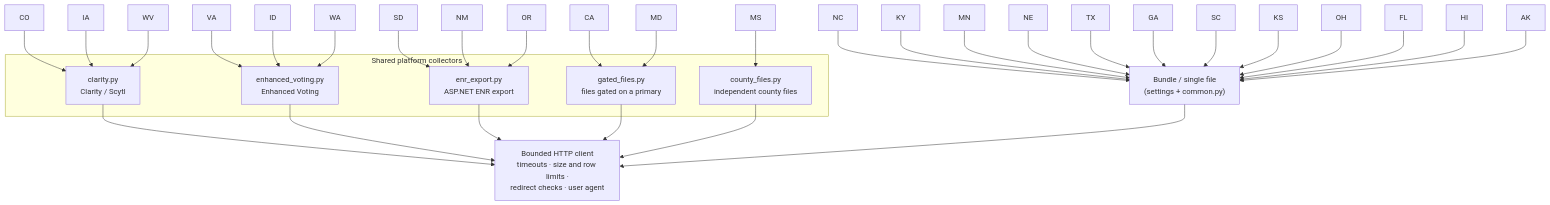
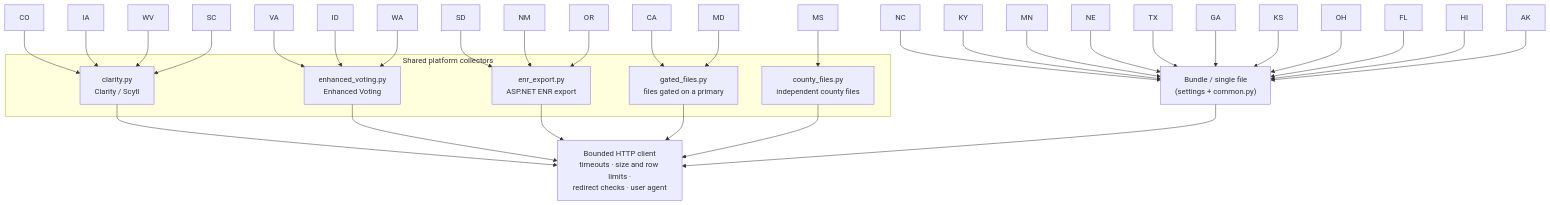
One commit to Naman4561/us-election-results-pipeline changed the first of 3 diagrams in docs/architecture/data-collection.md. Above: the diagram before and after it, drawn with Mermaid. The commit also changed other lines of this file and 21 other files, not shown here.

````diff
--- a/docs/architecture/data-collection.md
+++ b/docs/architecture/data-collection.md
@@ -11,20 +11,20 @@
 ```mermaid
 flowchart TB
     subgraph Shared["Shared platform collectors"]
         CL["clarity.py<br/>Clarity / Scytl"]
         EV["enhanced_voting.py<br/>Enhanced Voting"]
         EN["enr_export.py<br/>ASP.NET ENR export"]
         GF["gated_files.py<br/>files gated on a primary"]
         CF["county_files.py<br/>independent county files"]
     end
     BU["Bundle / single file<br/>(settings + common.py)"]
 
-    CO & IA & WV --> CL
+    CO & IA & WV & SC --> CL
     VA & ID & WA --> EV
     SD & NM & OR --> EN
     CA & MD --> GF
     MS --> CF
-    NC & KY & MN & NE & TX & GA & SC & KS & OH & FL & HI & AK --> BU
+    NC & KY & MN & NE & TX & GA & KS & OH & FL & HI & AK --> BU
 
     CL & EV & EN & GF & CF & BU --> CLIENT["Bounded HTTP client<br/>timeouts · size and row limits ·<br/>redirect checks · user agent"]
 ```
````
